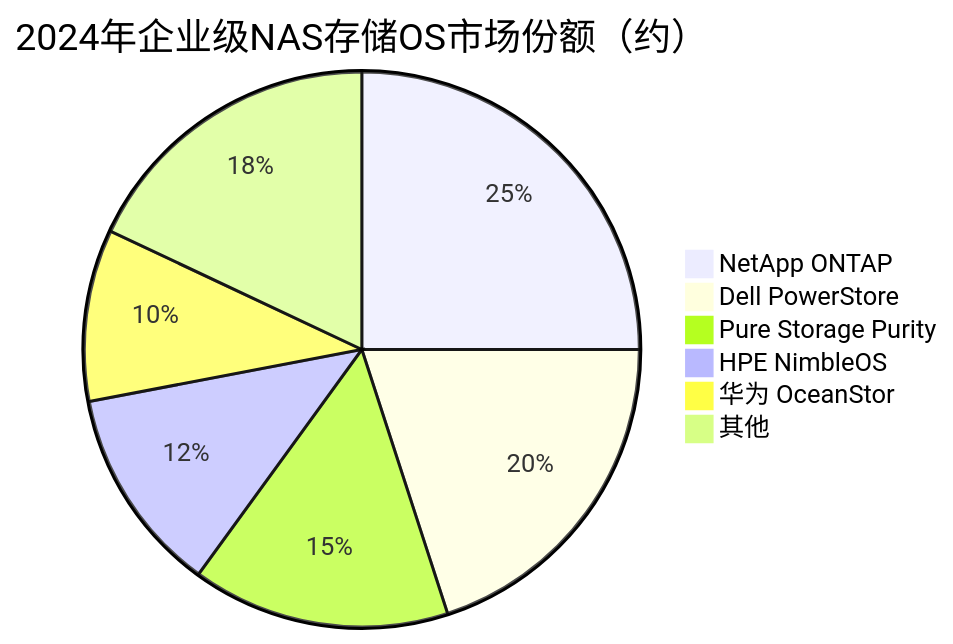
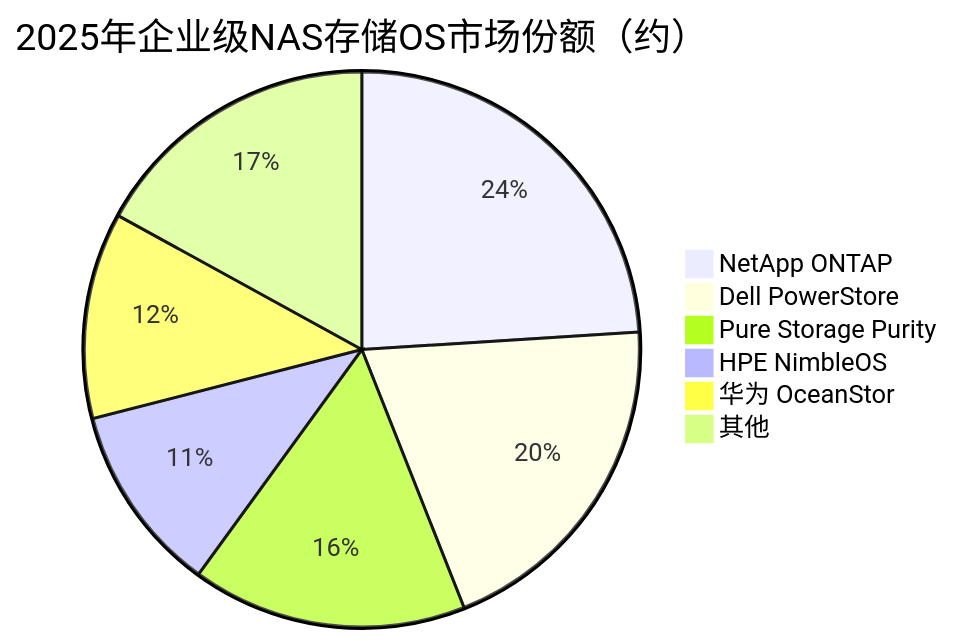
Before and after one commit to blueprint1453/industry-insight: the third of 3 diagrams in 存储产业链/细分配套/存储软件与文件系统.md, drawn with Mermaid. The commit also changed other lines of this file and 78 other files, not shown here.

````diff
--- a/存储产业链/细分配套/存储软件与文件系统.md
+++ b/存储产业链/细分配套/存储软件与文件系统.md
@@ -152,9 +152,9 @@
 ```mermaid
-pie title 2024年企业级NAS存储OS市场份额（约）
-    "NetApp ONTAP" : 25
+pie title 2025年企业级NAS存储OS市场份额（约）
+    "NetApp ONTAP" : 24
     "Dell PowerStore" : 20
-    "Pure Storage Purity" : 15
-    "HPE NimbleOS" : 12
-    "华为 OceanStor" : 10
-    "其他" : 18
+    "Pure Storage Purity" : 16
+    "HPE NimbleOS" : 11
+    "华为 OceanStor" : 12
+    "其他" : 17
 ```
````
